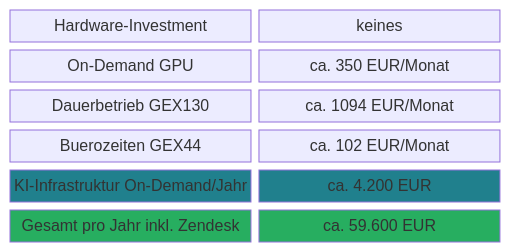
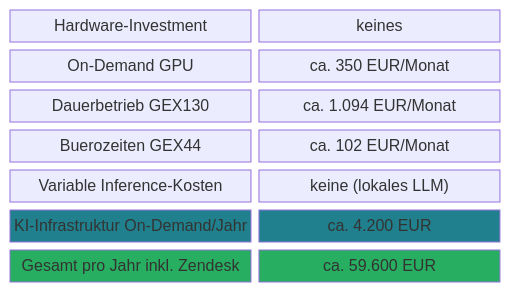
Before and after one commit to tekknix/zendesk-ai: diagram 12 of 16 in readme.md, drawn with Mermaid. The commit also changed other lines of this file, not shown here.

````diff
--- a/readme.md
+++ b/readme.md
@@ -384,15 +386,16 @@
 ```mermaid
 block-beta
     columns 2
     A["Hardware-Investment"]:1 B["keines"]:1
     C["On-Demand GPU"]:1 D["ca. 350 EUR/Monat"]:1
-    E["Dauerbetrieb GEX130"]:1 F["ca. 1094 EUR/Monat"]:1
+    E["Dauerbetrieb GEX130"]:1 F["ca. 1.094 EUR/Monat"]:1
     G["Buerozeiten GEX44"]:1 H["ca. 102 EUR/Monat"]:1
-    I["KI-Infrastruktur On-Demand/Jahr"]:1 J["ca. 4.200 EUR"]:1
-    K["Gesamt pro Jahr inkl. Zendesk"]:1 L["ca. 59.600 EUR"]:1
+    I["Variable Inference-Kosten"]:1 J["keine (lokales LLM)"]:1
+    K["KI-Infrastruktur On-Demand/Jahr"]:1 L["ca. 4.200 EUR"]:1
+    M["Gesamt pro Jahr inkl. Zendesk"]:1 N["ca. 59.600 EUR"]:1
 
-    style I fill:#20808D,color:#fff
-    style J fill:#20808D,color:#fff
-    style K fill:#27AE60,color:#fff
-    style L fill:#27AE60,color:#fff
+    style K fill:#20808D,color:#fff
+    style L fill:#20808D,color:#fff
+    style M fill:#27AE60,color:#fff
+    style N fill:#27AE60,color:#fff
 ```
````
